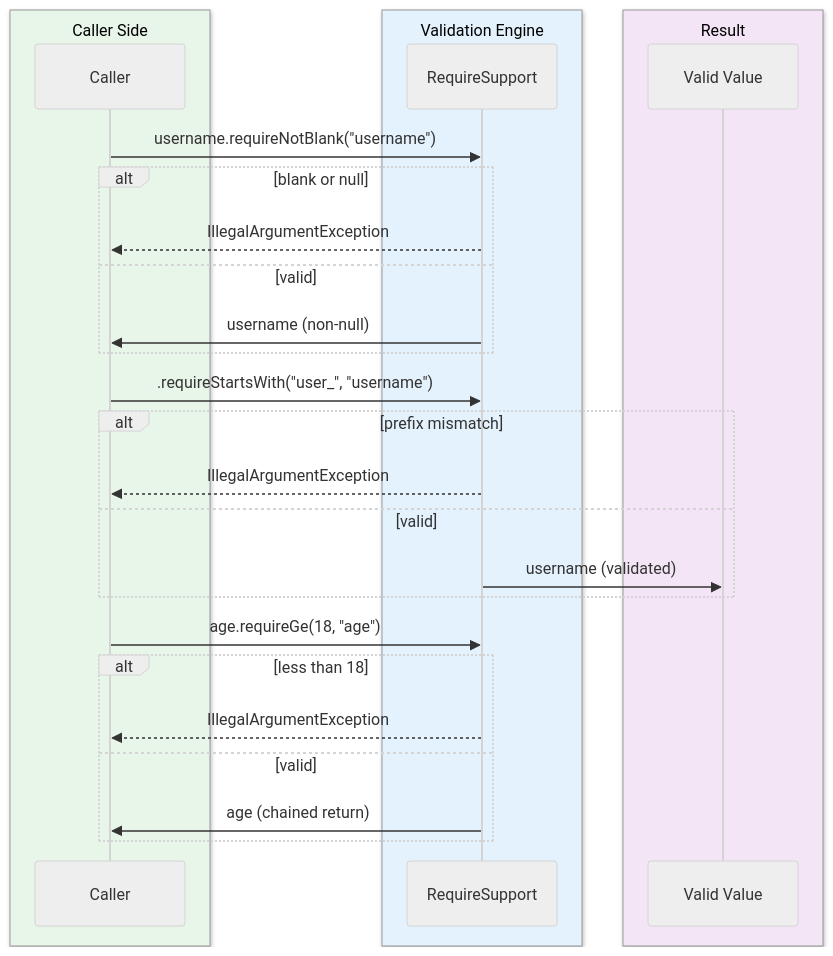
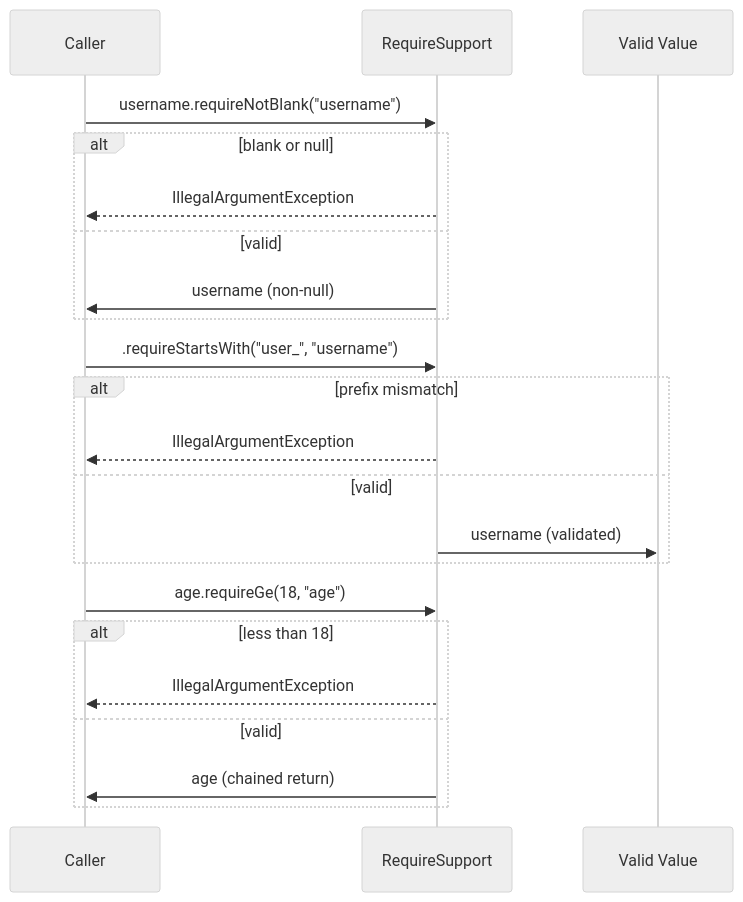
The third of 3 diagrams in bluetape4k/core/README.md (bluetape4k/bluetape4k-projects), drawn with Mermaid (neutral theme) before and after one commit. The commit also changed other lines of this file and 219 other files, not shown here.

First line of the commit message:
docs: 전체 README Mermaid 다이어그램 가이드 적용

````diff
--- a/bluetape4k/core/README.md
+++ b/bluetape4k/core/README.md
@@ -154,33 +154,27 @@
 ```mermaid
 sequenceDiagram
-    box rgb(232, 245, 233) Caller Side
         participant C as Caller
-    end
-    box rgb(227, 242, 253) Validation Engine
         participant R as RequireSupport
-    end
-    box rgb(243, 229, 245) Result
         participant V as Valid Value
-    end
 
     C->>R: username.requireNotBlank("username")
     alt blank or null
         R-->>C: IllegalArgumentException
     else valid
         R->>C: username (non-null)
     end
 
     C->>R: .requireStartsWith("user_", "username")
     alt prefix mismatch
         R-->>C: IllegalArgumentException
     else valid
         R->>V: username (validated)
     end
 
     C->>R: age.requireGe(18, "age")
     alt less than 18
         R-->>C: IllegalArgumentException
     else valid
         R->>C: age (chained return)
     end
 ```
````
